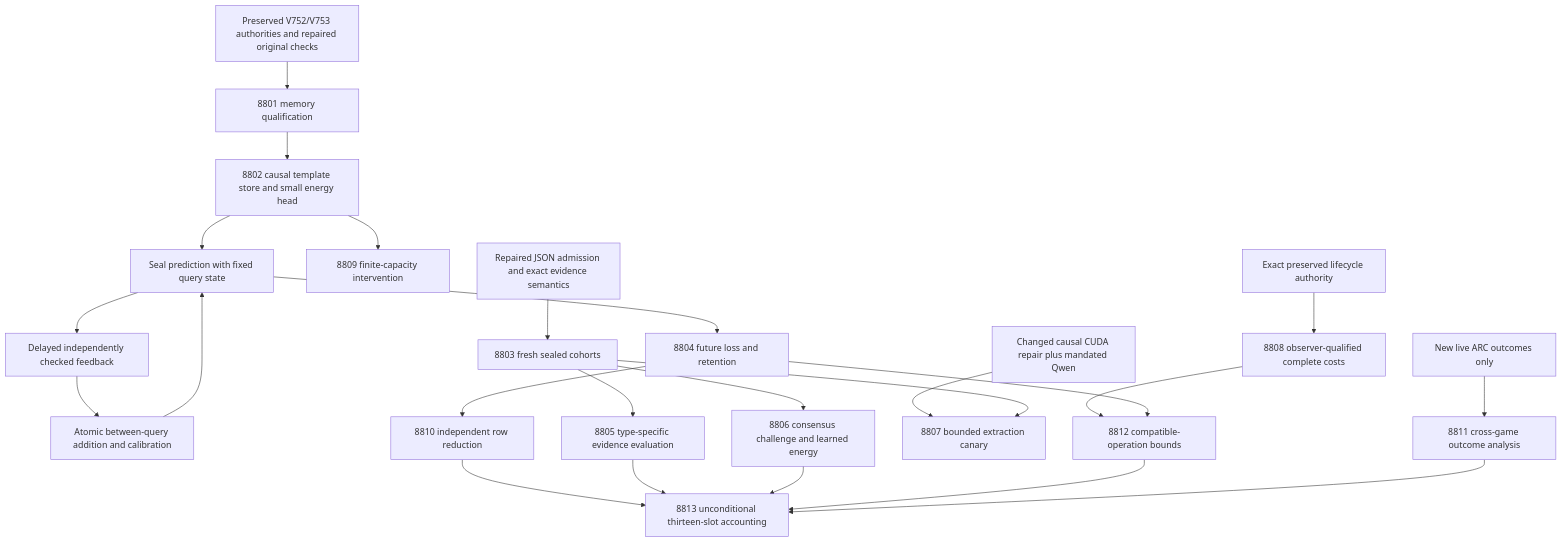
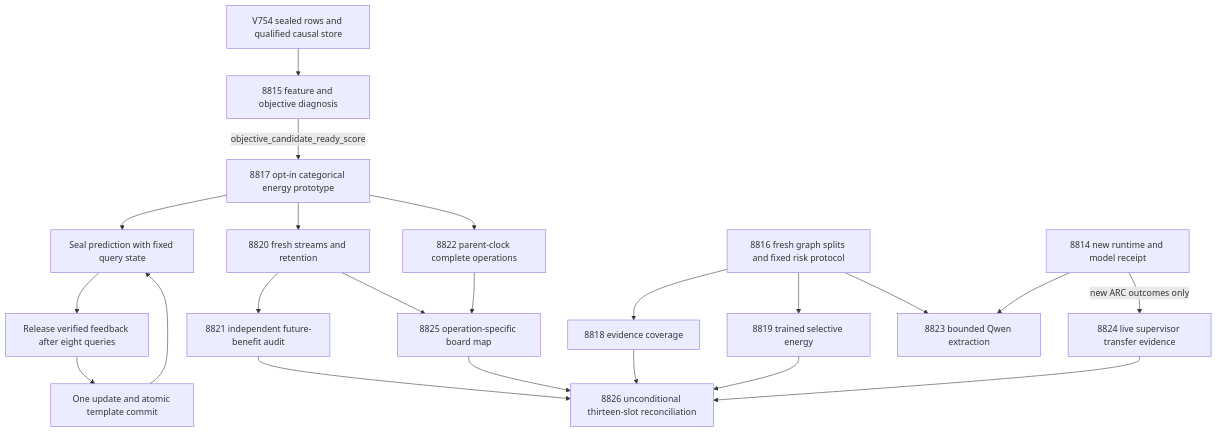
Before and after one commit to Carnot-EBM/carnot-ebm: the diagram in openspec/change-proposals/research-roadmap-vNEXT.md, drawn with Mermaid. The commit also changed other lines of this file and 18 other files, not shown here.

````diff
--- a/openspec/change-proposals/research-roadmap-vNEXT.md
+++ b/openspec/change-proposals/research-roadmap-vNEXT.md
@@ -80,26 +73,24 @@
 ```mermaid
 flowchart TD
-  H[Preserved V752/V753 authorities and repaired original checks] --> P[8801 memory qualification]
-  P --> M[8802 causal template store and small energy head]
-  M --> Q[Seal prediction with fixed query state]
-  Q --> D[Delayed independently checked feedback]
-  D --> U[Atomic between-query addition and calibration]
+  H[V754 sealed rows and qualified causal store] --> D[8815 feature and objective diagnosis]
+  D -->|objective_candidate_ready_score| P[8817 opt-in categorical energy prototype]
+  P --> Q[Seal prediction with fixed query state]
+  Q --> F[Release verified feedback after eight queries]
+  F --> U[One update and atomic template commit]
   U --> Q
-  Q --> L[8804 future loss and retention]
-  M --> C[8809 finite-capacity intervention]
-  L --> A[8810 independent row reduction]
-  E[Repaired JSON admission and exact evidence semantics] --> F[8803 fresh sealed cohorts]
-  F --> V[8805 type-specific evidence evaluation]
-  F --> S[8806 consensus challenge and learned energy]
-  R[Changed causal CUDA repair plus mandated Qwen] --> G[8807 bounded extraction canary]
-  F --> G
-  W[Exact preserved lifecycle authority] --> T[8808 observer-qualified complete costs]
-  T --> B[8812 compatible-operation bounds]
+  P --> L[8820 fresh streams and retention]
+  L --> A[8821 independent future-benefit audit]
+  P --> T[8822 parent-clock complete operations]
+  S[8816 fresh graph splits and fixed risk protocol] --> E[8818 evidence coverage]
+  S --> C[8819 trained selective energy]
+  R[8814 new runtime and model receipt] --> G[8823 bounded Qwen extraction]
+  S --> G
+  R -->|new ARC outcomes only| X[8824 live supervisor transfer evidence]
+  T --> B[8825 operation-specific board map]
   L --> B
-  N[New live ARC outcomes only] --> X[8811 cross-game outcome analysis]
-  A --> Z[8813 unconditional thirteen-slot accounting]
-  V --> Z
-  S --> Z
+  A --> Z[8826 unconditional thirteen-slot reconciliation]
+  E --> Z
+  C --> Z
+  X --> Z
   B --> Z
-  X --> Z
 ```
````
